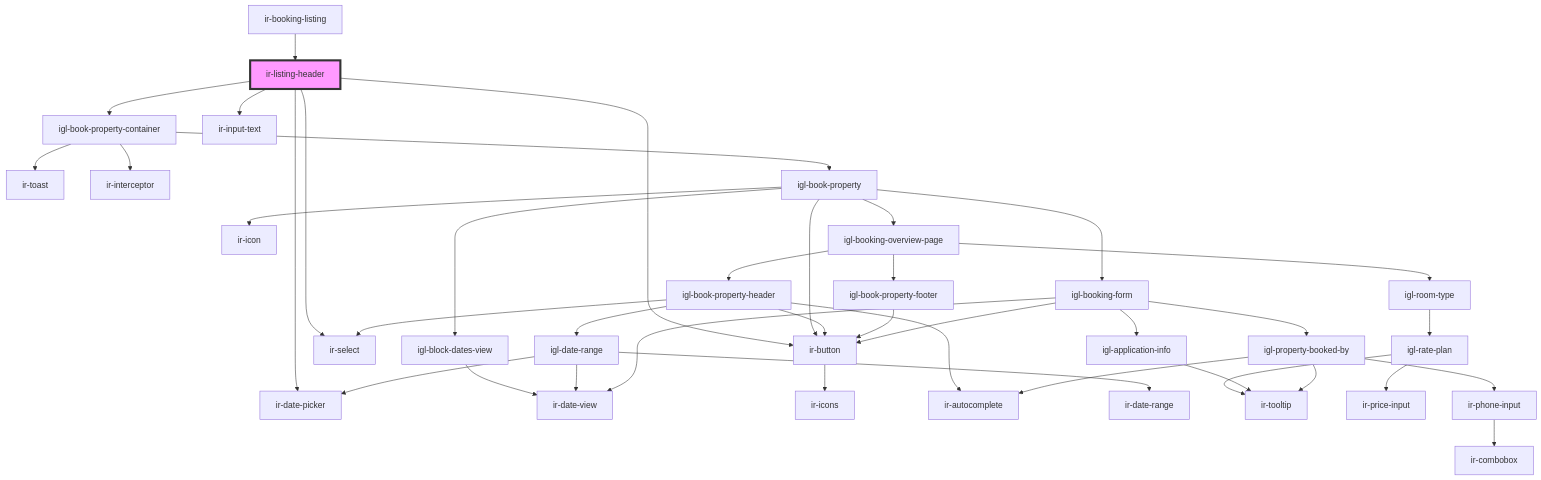
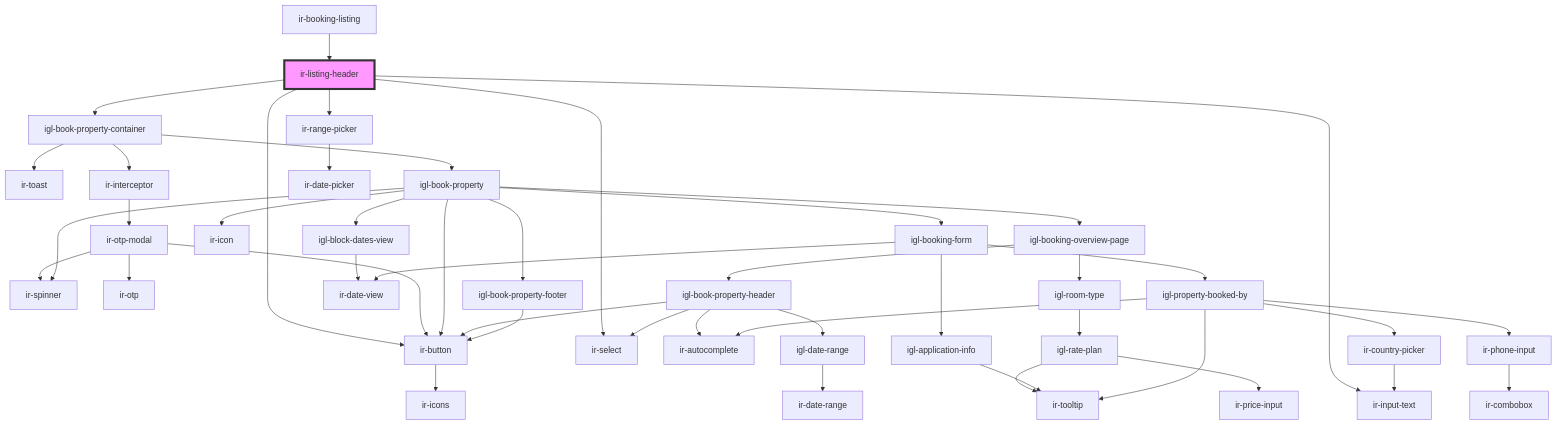
The diagram in src/components/ir-booking-listing/ir-listing-header/readme.md (RonyRizk/ir-webcmp), drawn with Mermaid before and after one commit. The commit also changed other lines of this file and 293 other files, not shown here.

````diff
--- a/src/components/ir-booking-listing/ir-listing-header/readme.md
+++ b/src/components/ir-booking-listing/ir-listing-header/readme.md
@@ -39,43 +39,48 @@
 ```mermaid
 graph TD;
   ir-listing-header --> igl-book-property-container
   ir-listing-header --> ir-button
   ir-listing-header --> ir-input-text
   ir-listing-header --> ir-select
-  ir-listing-header --> ir-date-picker
+  ir-listing-header --> ir-range-picker
   igl-book-property-container --> ir-toast
   igl-book-property-container --> ir-interceptor
   igl-book-property-container --> igl-book-property
+  ir-interceptor --> ir-otp-modal
+  ir-otp-modal --> ir-spinner
+  ir-otp-modal --> ir-otp
+  ir-otp-modal --> ir-button
+  ir-button --> ir-icons
   igl-book-property --> igl-block-dates-view
-  igl-book-property --> ir-button
+  igl-book-property --> ir-spinner
   igl-book-property --> ir-icon
   igl-book-property --> igl-booking-overview-page
   igl-book-property --> igl-booking-form
+  igl-book-property --> ir-button
+  igl-book-property --> igl-book-property-footer
   igl-block-dates-view --> ir-date-view
-  ir-button --> ir-icons
   igl-booking-overview-page --> igl-book-property-header
   igl-booking-overview-page --> igl-room-type
-  igl-booking-overview-page --> igl-book-property-footer
   igl-book-property-header --> ir-autocomplete
   igl-book-property-header --> ir-select
   igl-book-property-header --> ir-button
   igl-book-property-header --> igl-date-range
   igl-date-range --> ir-date-range
-  igl-date-range --> ir-date-picker
-  igl-date-range --> ir-date-view
   igl-room-type --> igl-rate-plan
   igl-rate-plan --> ir-tooltip
   igl-rate-plan --> ir-price-input
-  igl-book-property-footer --> ir-button
   igl-booking-form --> ir-date-view
   igl-booking-form --> igl-application-info
   igl-booking-form --> igl-property-booked-by
-  igl-booking-form --> ir-button
   igl-application-info --> ir-tooltip
   igl-property-booked-by --> ir-autocomplete
   igl-property-booked-by --> ir-tooltip
+  igl-property-booked-by --> ir-country-picker
   igl-property-booked-by --> ir-phone-input
+  ir-country-picker --> ir-input-text
   ir-phone-input --> ir-combobox
+  igl-book-property-footer --> ir-button
+  ir-range-picker --> ir-date-picker
   ir-booking-listing --> ir-listing-header
   style ir-listing-header fill:#f9f,stroke:#333,stroke-width:4px
 ```
````
